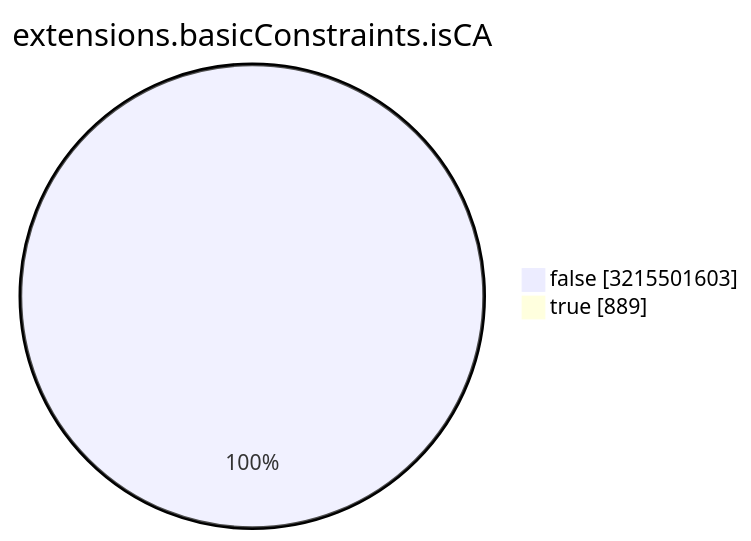
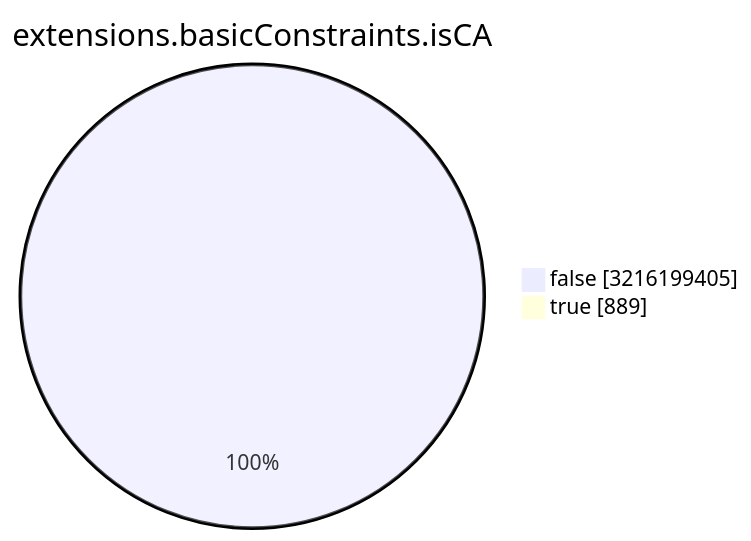
One commit to christiankrug/ctmonitor_visualization changed the seventh of 15 diagrams in TOTAL/README.md. Above: the diagram before and after it, drawn with Mermaid. The commit also changed other lines of this file, not shown here.

````diff
--- a/TOTAL/README.md
+++ b/TOTAL/README.md
@@ -3088,6 +3088,6 @@
 ```mermaid
 pie showData
 title extensions.basicConstraints.isCA
-"false" :3215501603
+"false" :3216199405
 "true" :889
 ```
````
